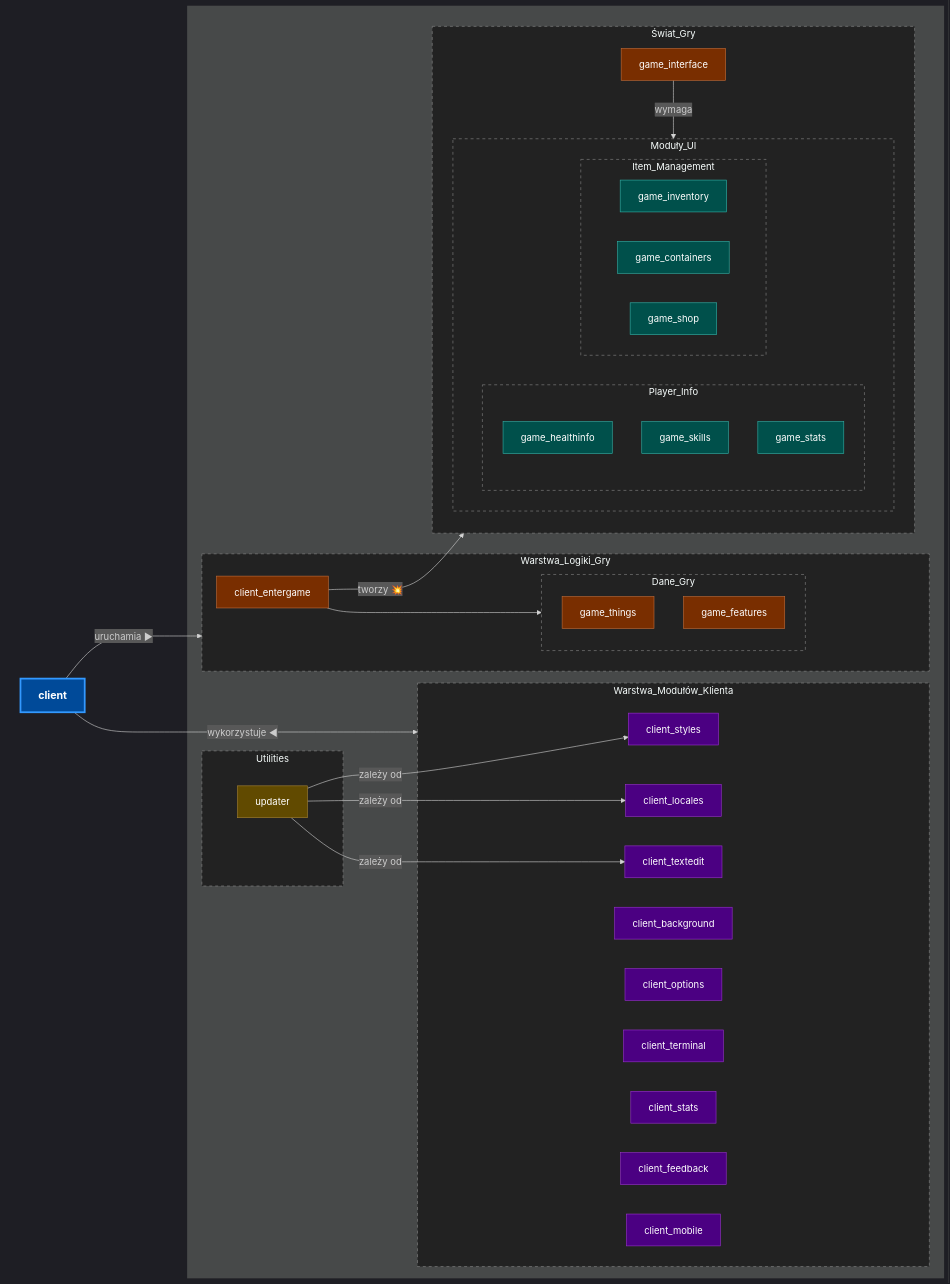
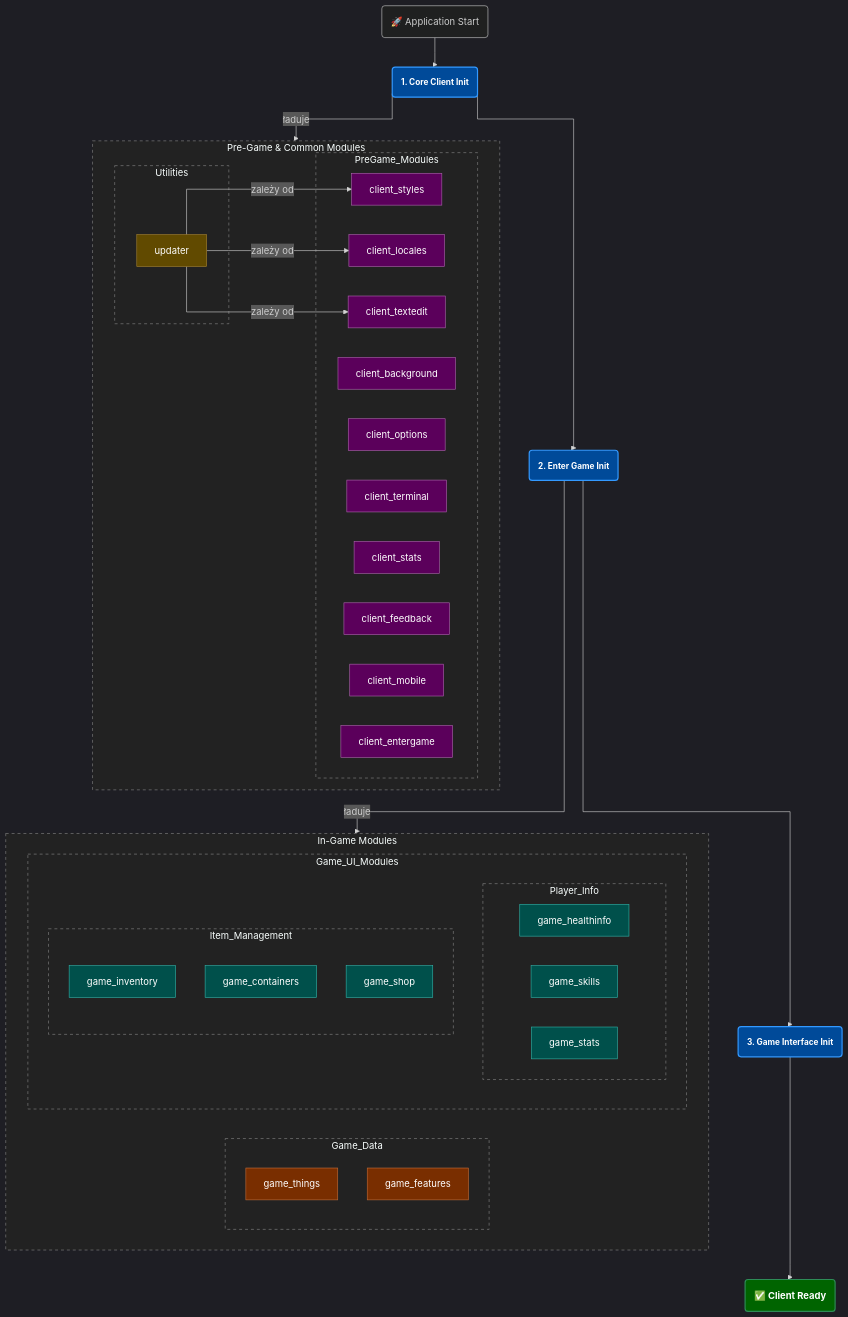
The diagram in docs/copilot/diagrams/modules_load_graph.mmd (lukaszj321/otcv8-dev), drawn with Mermaid before and after one commit.

Commit message:
Refactor module load graph for clarity and structure

```diff
--- a/docs/copilot/diagrams/modules_load_graph.mmd
+++ b/docs/copilot/diagrams/modules_load_graph.mmd
@@ -1,87 +1,66 @@
-%%{init: {"theme":"dark"}}%%
-graph LR
+%%{init: {"theme":"dark", "flowchart": {"curve": "stepBefore"}}}%%
+graph TD
     %% ===================================================================
-    %% DEFINICJE STYLÓW - HIERARCHIA WIZUALNA
+    %% DEFINICje STYLÓW - HIERARCHIA WIZUALNA
     %% ===================================================================
-    classDef sun fill:#004a99,color:#fff,stroke:#3399ff,stroke-width:3px,font-weight:bold,font-size:18px;
-    classDef planet fill:#222,stroke:#888,stroke-dasharray: 5 5;
-    classDef client_module fill:#4B0082,color:#fff,stroke:#9932CC;
-    classDef game_logic fill:#792e00,color:#fff,stroke:#c26d39;
-    classDef game_ui fill:#00504b,color:#fff,stroke:#33b3a9;
-    classDef utility fill:#614a00,color:#fff,stroke:#a68333;
-    classDef invisible stroke-width:0px,color:#1a1a1a;
+    classDef orchestrator fill:#004a99,color:#fff,stroke:#3399ff,stroke-width:2px,font-weight:bold,font-size:14px;
+    classDef module_group fill:#222,stroke:#888,stroke-dasharray: 5 5;
+    classDef pregame_module fill:#5b005b,color:#fff,stroke:#ad66ad;
+    classDef gamedata_module fill:#792e00,color:#fff,stroke:#c26d39;
+    classDef gameui_module fill:#00504b,color:#fff,stroke:#33b3a9;
+    classDef utility_module fill:#614a00,color:#fff,stroke:#a68333;
+    classDef final_state fill:#006400,color:#fff,stroke:#2E8B57,stroke-width:2px,font-weight:bold;
 
     %% ===================================================================
-    %% SŁOŃCE - CENTRALNY PUNKT ARCHITEKTURY
-    %% ===================================================================
-    subgraph central_node [ ]
-      client;
-    end
-    style central_node fill:none,stroke:none
-
-    %% ===================================================================
-    %% PLANETY - GŁÓWNE STREFY ODPOWIEDZIALNOŚCI
+    %% GŁÓWNA OŚ PROCESU I STREFY
     %% ===================================================================
     
-    subgraph Warstwa_Modułów_Klienta
-        %% BRAK 'direction'. Układ poziomy jest domyślny dla 'graph LR'
-        client_styles & client_locales & client_textedit & client_background & client_options & client_terminal & client_stats & client_feedback & client_mobile;
-    end
+    Start("🚀 Application Start") --> client("1. Core Client Init");
 
-    subgraph Utilities
-        updater;
+    subgraph Pre_Game_Zone [Pre-Game & Common Modules]
+        subgraph Utilities
+            updater;
+        end
+        subgraph PreGame_Modules
+            client_styles & client_locales & client_textedit & client_background & client_options & client_terminal & client_stats & client_feedback & client_mobile & client_entergame;
+        end
     end
     
-    subgraph Warstwa_Logiki_Gry
-        %% BRAK 'direction'. Układ pionowy jest wymuszony przez jawne połączenie.
-        client_entergame;
-        subgraph Dane_Gry
+    client --> client_entergame_init("2. Enter Game Init");
+    client_entergame_init --> game_interface("3. Game Interface Init");
+    
+    subgraph In_Game_Zone [In-Game Modules]
+        subgraph Game_Data
             game_things & game_features;
         end
-        client_entergame --> Dane_Gry;
-    end
-
-    subgraph Świat_Gry
-        %% BRAK 'direction'. Układ pionowy jest wymuszony przez jawne połączenie.
-        game_interface;
-        subgraph Moduły_UI
-            %% Zagnieżdżone grupy dla czytelności.
+        subgraph Game_UI_Modules
             subgraph Player_Info
                 game_healthinfo & game_skills & game_stats_ui[game_stats];
             end
-
             subgraph Item_Management
                 game_inventory & game_containers & game_shop;
             end
         end
-        game_interface -- "wymaga" --> Moduły_UI;
     end
+    
+    game_interface --> Ready("✅ Client Ready");
+    
+    %% ===================================================================
+    %% POŁĄCZENIA - DEFINIOWANIE PRZEPŁYWU
+    %% ===================================================================
+    client -- "ładuje" --> Pre_Game_Zone;
+    client_entergame_init -- "ładuje" --> In_Game_Zone;
+    
+    %% Zależności updatgera
+    updater -- "zależy od" --> client_locales & client_styles & client_textedit;
 
     %% ===================================================================
-    %% POŁĄCZENIA - PRZEPŁYW MOCY
+    %% PRZYPISANIE STYLÓW DO ELEMENTÓW
     %% ===================================================================
-    client -- "wykorzystuje ◀" --> Warstwa_Modułów_Klienta;
-    client -- "uruchamia ▶" --> Warstwa_Logiki_Gry;
-    client_entergame -- "tworzy 💥" --> Świat_Gry;
-    updater -- "zależy od" --> client_locales & client_styles & client_textedit;
-    
-    %% ===================================================================
-    %% KONTROLA UKŁADU - ROZMIESZCZENIE PLANET
-    %% ===================================================================
-    subgraph невидимка [ ]
-      Warstwa_Modułów_Klienta ~~~ client ~~~ Utilities
-      client ~~~ Warstwa_Logiki_Gry
-      Warstwa_Logiki_Gry ~~~ Świat_Gry
-    end
-    class невидимка invisible;
-
-    %% ===================================================================
-    %% PRZYPISANIE STYLÓW
-    %% ===================================================================
-    class client sun;
-    class Warstwa_Modułów_Klienta,Warstwa_Logiki_Gry,Utilities,Świat_Gry,Dane_Gry,Moduły_UI,Player_Info,Item_Management planet;
-    class client_styles,client_locales,client_textedit,client_background,client_options,client_terminal,client_stats,client_feedback,client_mobile client_module;
-    class client_entergame,game_things,game_features game_logic;
-    class game_interface game_logic;
-    class game_healthinfo,game_skills,game_stats_ui,game_inventory,game_containers,game_shop game_ui;
-    class updater utility;
+    class client,client_entergame_init,game_interface orchestrator;
+    class Ready final_state;
+    class Pre_Game_Zone,In_Game_Zone,Utilities,PreGame_Modules,Game_Data,Game_UI_Modules,Player_Info,Item_Management module_group;
+    class client_styles,client_locales,client_textedit,client_background,client_options,client_terminal,client_stats,client_feedback,client_mobile,client_entergame pregame_module;
+    class game_things,game_features gamedata_module;
+    class game_healthinfo,game_skills,game_stats_ui,game_inventory,game_containers,game_shop gameui_module;
+    class updater utility_module;
```
